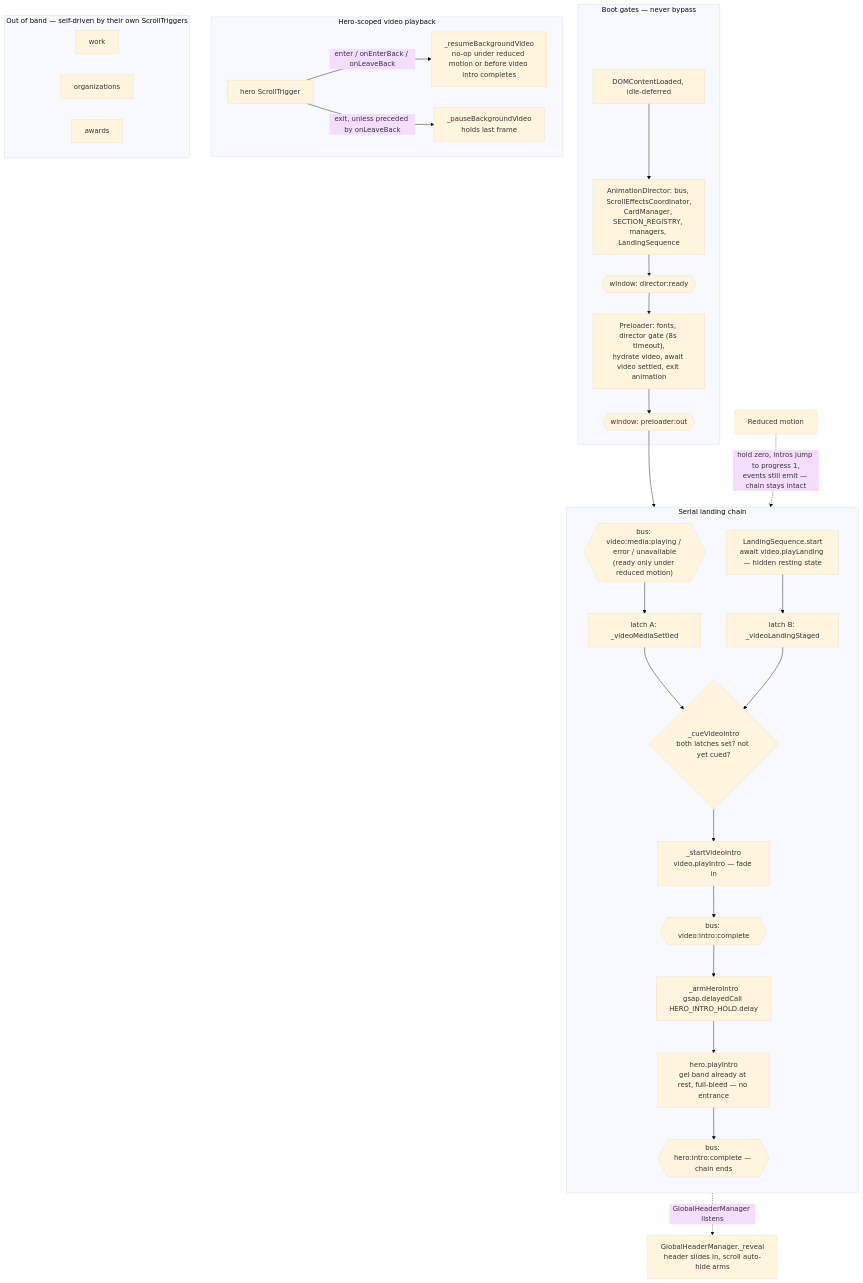
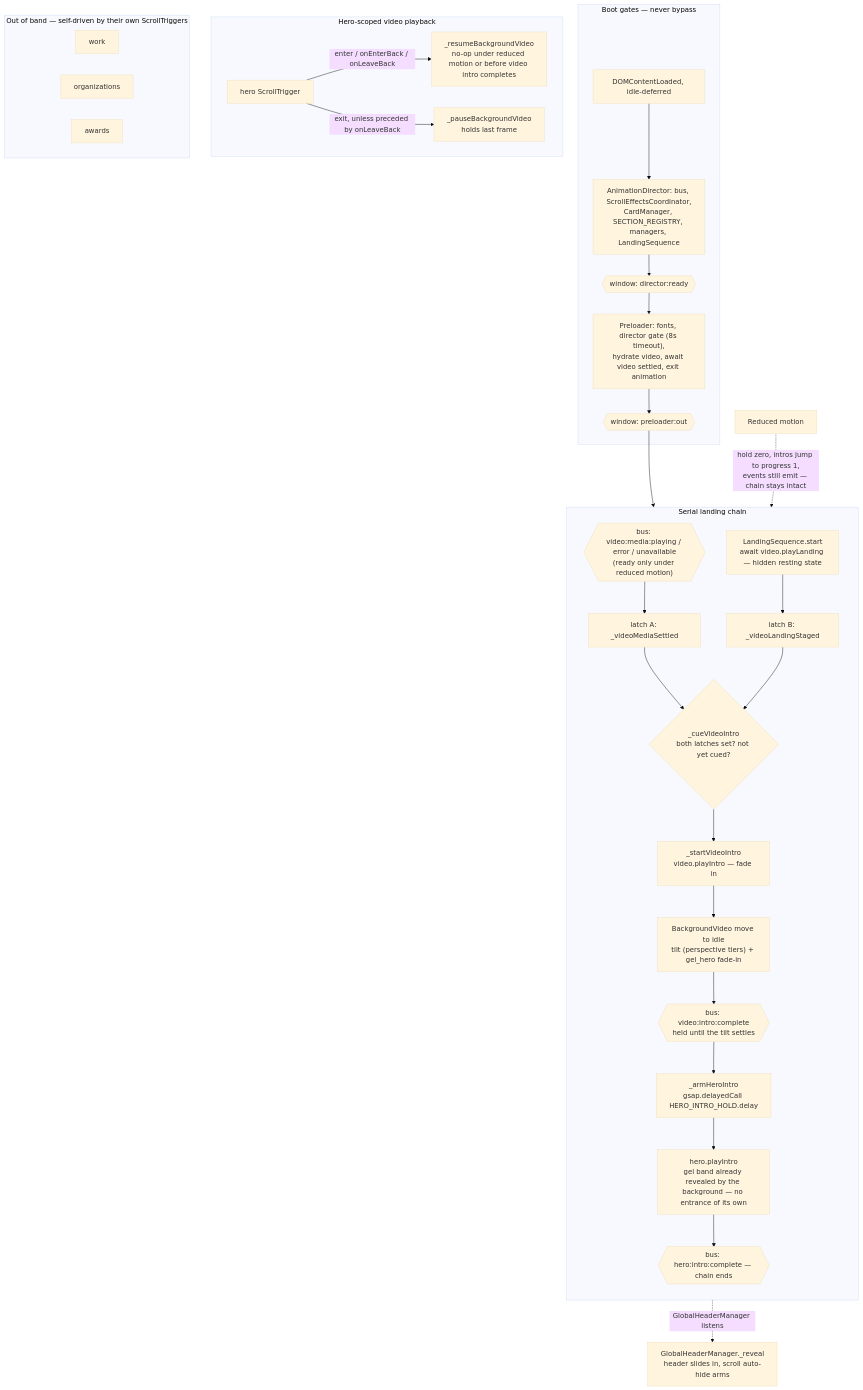
One commit to datainkio/portfolio-frontend changed the second of 2 diagrams in js/choreography/templates/landing/LandingSequence.md. Above: the diagram before and after it, drawn with Mermaid (base theme). The commit also changed other lines of this file and 15 other files, not shown here.

First line of the commit message:
feat(background): reveal gel_hero with the background's move to idle

````diff
--- a/js/choreography/templates/landing/LandingSequence.md
+++ b/js/choreography/templates/landing/LandingSequence.md
@@ -127,40 +129,41 @@
 ```mermaid
 flowchart TD
     subgraph boot["Boot gates — never bypass"]
         DCL["DOMContentLoaded, idle-deferred"] --> AD["AnimationDirector: bus, ScrollEffectsCoordinator,<br/>CardManager, SECTION_REGISTRY, managers, LandingSequence"]
         AD --> DR{{"window: director:ready"}}
         DR --> PRE["Preloader: fonts, director gate (8s timeout),<br/>hydrate video, await video settled, exit animation"]
         PRE --> PO{{"window: preloader:out"}}
     end
 
     subgraph chain["Serial landing chain"]
         direction TB
         VS{{"bus: video:media:playing / error / unavailable<br/>(ready only under reduced motion)"}} --> LA["latch A: _videoMediaSettled"]
         PO --> START["LandingSequence.start<br/>await video.playLanding — hidden resting state"]
         START --> LB["latch B: _videoLandingStaged"]
         LA --> CUE{"_cueVideoIntro<br/>both latches set? not yet cued?"}
         LB --> CUE
         CUE --> VID["_startVideoIntro<br/>video.playIntro — fade in"]
-        VID --> VIC{{"bus: video:intro:complete"}}
+        VID --> IDLE["BackgroundVideo move to idle<br/>tilt (perspective tiers) + gel_hero fade-in"]
+        IDLE --> VIC{{"bus: video:intro:complete<br/>held until the tilt settles"}}
         VIC --> BEAT["_armHeroIntro<br/>gsap.delayedCall HERO_INTRO_HOLD.delay"]
-        BEAT --> HERO["hero.playIntro<br/>gel band already at rest, full-bleed — no entrance"]
+        BEAT --> HERO["hero.playIntro<br/>gel band already revealed by the background — no entrance of its own"]
         HERO --> BIC{{"bus: hero:intro:complete — chain ends"}}
     end
 
     BIC -.->|"GlobalHeaderManager listens"| HDR["GlobalHeaderManager._reveal<br/>header slides in, scroll auto-hide arms"]
 
     subgraph gate["Hero-scoped video playback"]
         direction LR
         HEROST["hero ScrollTrigger"] -->|"enter / onEnterBack / onLeaveBack"| RES["_resumeBackgroundVideo<br/>no-op under reduced motion or before video intro completes"]
         HEROST -->|"exit, unless preceded by onLeaveBack"| PAU["_pauseBackgroundVideo<br/>holds last frame"]
     end
 
     subgraph scroll["Out of band — self-driven by their own ScrollTriggers"]
         direction LR
         WORK["work"]
         ORGS["organizations"]
         AWARDS["awards"]
     end
 
     RM["Reduced motion"] -.->|"hold zero, intros jump to progress 1,<br/>events still emit — chain stays intact"| chain
 ```
````
